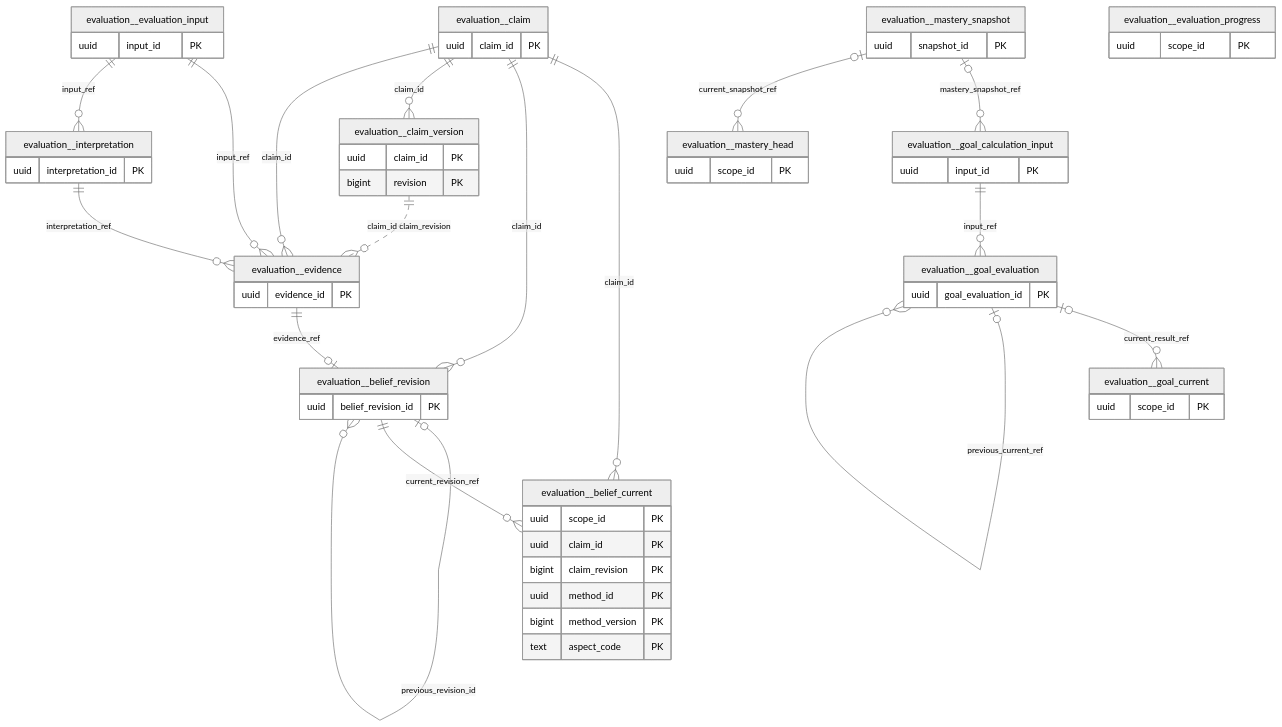
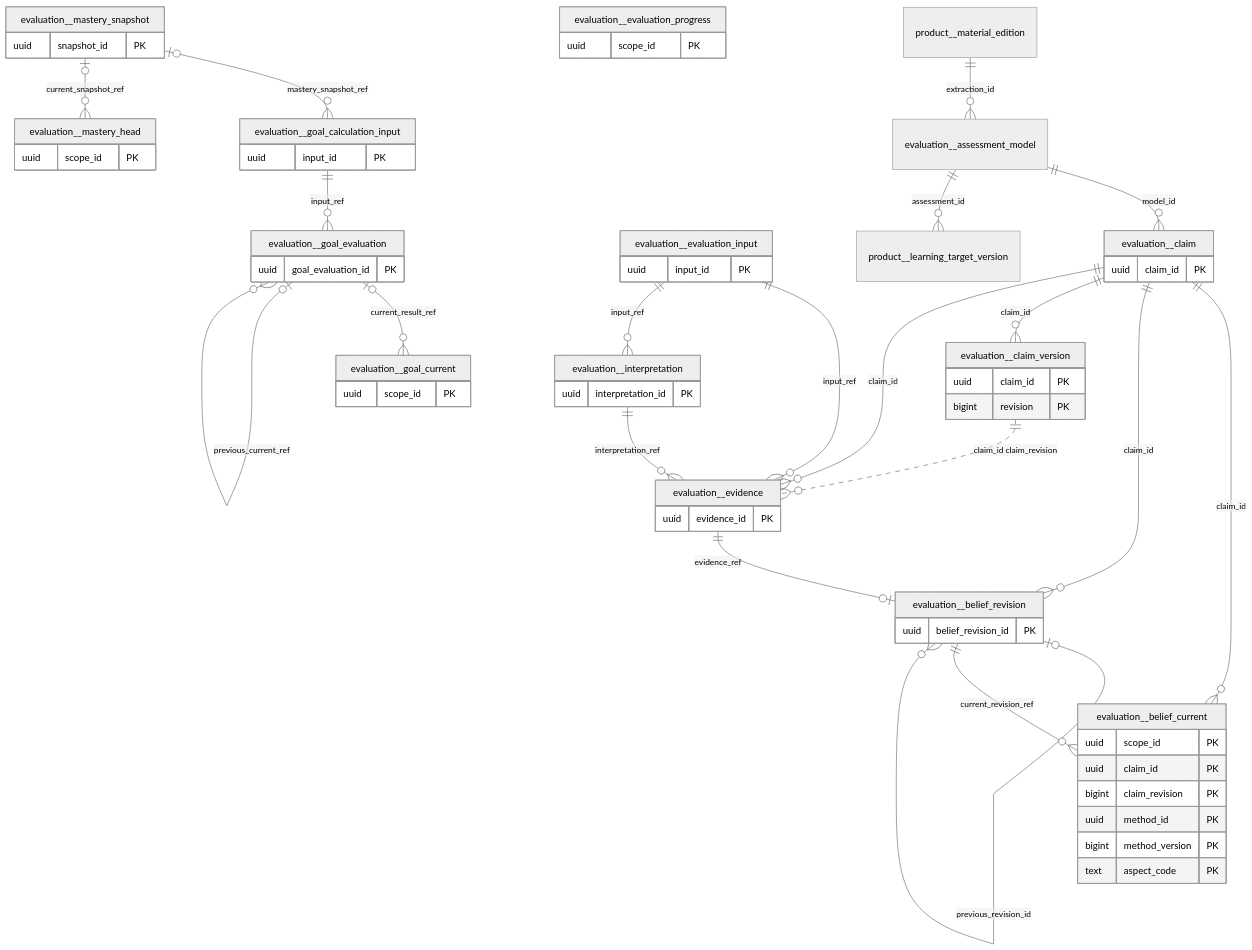
One commit to ivgotcrazy/deermind changed the diagram in doc/mvp/m1/engineering/database/Business_Evaluation.md. Above: the diagram before and after it, drawn with Mermaid (neutral theme). The commit also changed other lines of this file and 110 other files, not shown here.

````diff
--- a/doc/mvp/m1/engineering/database/Business_Evaluation.md
+++ b/doc/mvp/m1/engineering/database/Business_Evaluation.md
@@ -31,64 +32,67 @@
 ```mermaid
 erDiagram
     evaluation__claim {
         uuid claim_id PK
     }
     evaluation__claim_version {
         uuid claim_id PK
         bigint revision PK
     }
     evaluation__evaluation_input {
         uuid input_id PK
     }
     evaluation__interpretation {
         uuid interpretation_id PK
     }
     evaluation__evidence {
         uuid evidence_id PK
     }
     evaluation__belief_revision {
         uuid belief_revision_id PK
     }
     evaluation__belief_current {
         uuid scope_id PK
         uuid claim_id PK
         bigint claim_revision PK
         uuid method_id PK
         bigint method_version PK
         text aspect_code PK
     }
     evaluation__mastery_snapshot {
         uuid snapshot_id PK
     }
     evaluation__mastery_head {
         uuid scope_id PK
     }
     evaluation__goal_calculation_input {
         uuid input_id PK
     }
     evaluation__goal_evaluation {
         uuid goal_evaluation_id PK
     }
     evaluation__goal_current {
         uuid scope_id PK
     }
     evaluation__evaluation_progress {
         uuid scope_id PK
     }
     evaluation__belief_revision |o--o{ evaluation__belief_revision : "previous_revision_id"
     evaluation__belief_revision ||--o{ evaluation__belief_current : "current_revision_ref"
     evaluation__claim ||--o{ evaluation__belief_current : "claim_id"
     evaluation__claim ||--o{ evaluation__belief_revision : "claim_id"
+    product__material_edition ||--o{ evaluation__assessment_model : extraction_id
+    evaluation__assessment_model ||--o{ evaluation__claim : model_id
+    evaluation__assessment_model ||--o{ product__learning_target_version : assessment_id
     evaluation__claim ||--o{ evaluation__claim_version : "claim_id"
     evaluation__claim ||--o{ evaluation__evidence : "claim_id"
     evaluation__claim_version ||..o{ evaluation__evidence : "claim_id claim_revision"
     evaluation__evaluation_input ||--o{ evaluation__evidence : "input_ref"
     evaluation__evaluation_input ||--o{ evaluation__interpretation : "input_ref"
     evaluation__evidence ||--o| evaluation__belief_revision : "evidence_ref"
     evaluation__goal_calculation_input ||--o{ evaluation__goal_evaluation : "input_ref"
     evaluation__goal_evaluation |o--o{ evaluation__goal_current : "current_result_ref"
     evaluation__goal_evaluation |o--o{ evaluation__goal_evaluation : "previous_current_ref"
     evaluation__interpretation ||--o{ evaluation__evidence : "interpretation_ref"
     evaluation__mastery_snapshot |o--o{ evaluation__goal_calculation_input : "mastery_snapshot_ref"
     evaluation__mastery_snapshot |o--o{ evaluation__mastery_head : "current_snapshot_ref"
 ```
````
